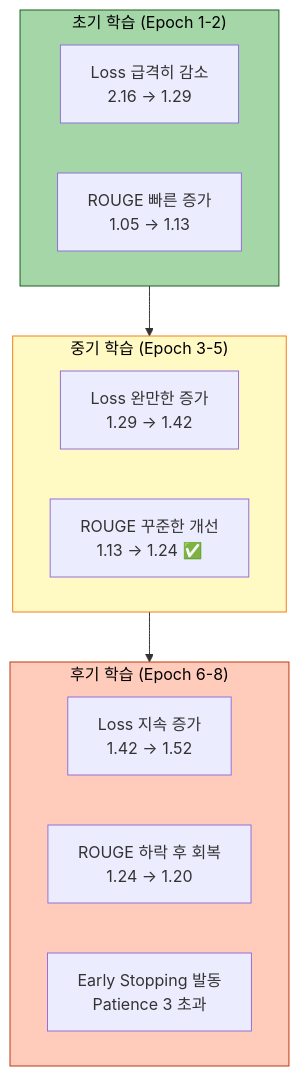
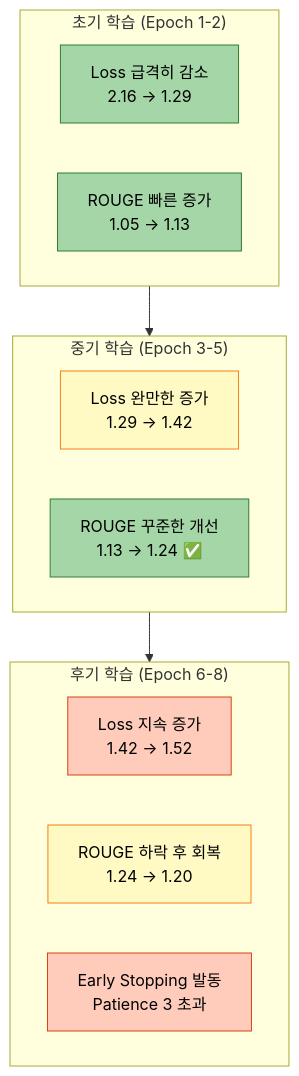
One commit to AIBootcamp14/naturallanguageprocessingcompetition-nlp-1 changed the ninth of 15 diagrams in docs/experiments/20251013_111525_strategy1_kobart_optimized_실험분석.md. Above: the diagram before and after it, drawn with Mermaid. The commit also changed other lines of this file, not shown here.

Commit message:
fix: 실험 분석 문서 mermaid 스타일 수정   - 모든 mermaid 다이어그램을 개별 노드 스타일 형식으로 변경   - subgraph 스타일 제거, 개별 노드별 색상 적용   - 20251012 문서 스타일 형식에 맞춰 통일   - experiments_style.md의 모든 예시 코드도 동일하게 수정

````diff
--- a/docs/experiments/20251013_111525_strategy1_kobart_optimized_실험분석.md
+++ b/docs/experiments/20251013_111525_strategy1_kobart_optimized_실험분석.md
@@ -457,24 +466,28 @@
 ```mermaid
 graph TB
     subgraph Phase1["초기 학습 (Epoch 1-2)"]
         A1[Loss 급격히 감소<br/>2.16 → 1.29]
         A2[ROUGE 빠른 증가<br/>1.05 → 1.13]
     end
 
     subgraph Phase2["중기 학습 (Epoch 3-5)"]
         B1[Loss 완만한 증가<br/>1.29 → 1.42]
         B2[ROUGE 꾸준한 개선<br/>1.13 → 1.24 ✅]
     end
 
     subgraph Phase3["후기 학습 (Epoch 6-8)"]
         C1[Loss 지속 증가<br/>1.42 → 1.52]
         C2[ROUGE 하락 후 회복<br/>1.24 → 1.20]
         C3[Early Stopping 발동<br/>Patience 3 초과]
     end
 
     Phase1 --> Phase2 --> Phase3
 
-    style Phase1 fill:#a5d6a7,stroke:#1b5e20,color:#000
-    style Phase2 fill:#fff9c4,stroke:#f57f17,color:#000
-    style Phase3 fill:#ffccbc,stroke:#bf360c,color:#000
+    style A1 fill:#a5d6a7,stroke:#2e7d32,color:#000
+    style A2 fill:#a5d6a7,stroke:#2e7d32,color:#000
+    style B1 fill:#fff9c4,stroke:#f57f17,color:#000
+    style B2 fill:#a5d6a7,stroke:#2e7d32,color:#000
+    style C1 fill:#ffccbc,stroke:#d84315,color:#000
+    style C2 fill:#fff9c4,stroke:#f57f17,color:#000
+    style C3 fill:#ffccbc,stroke:#d84315,color:#000
 ```
````
